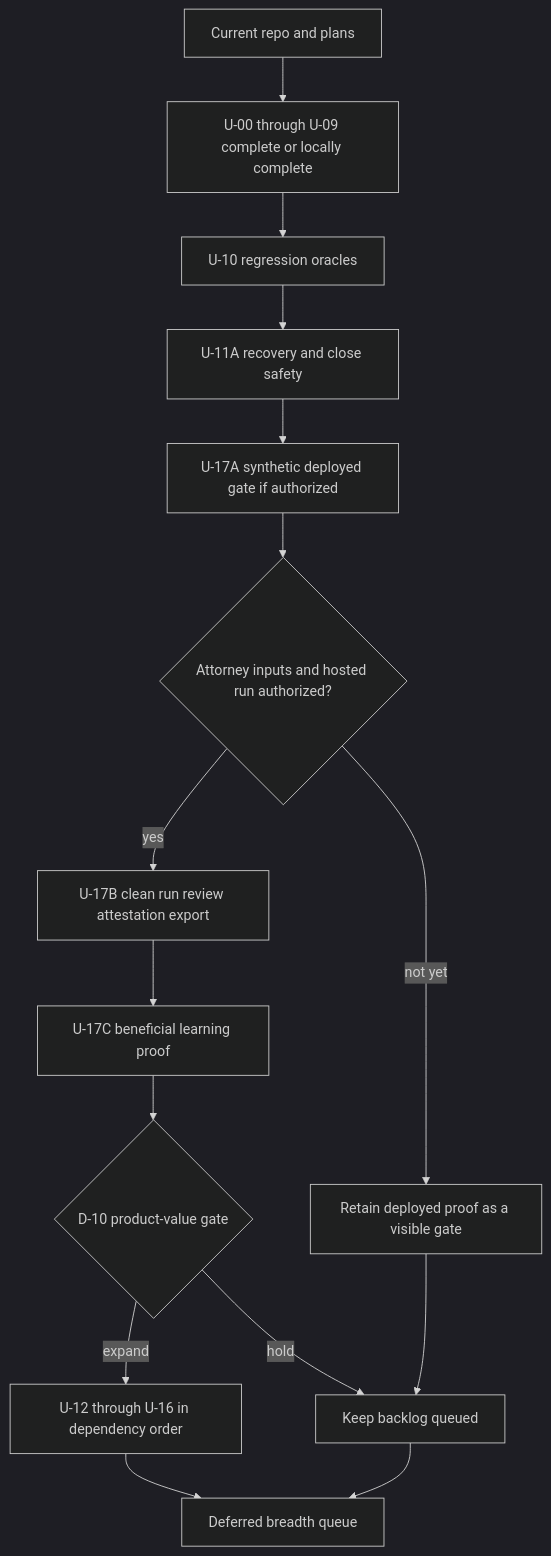
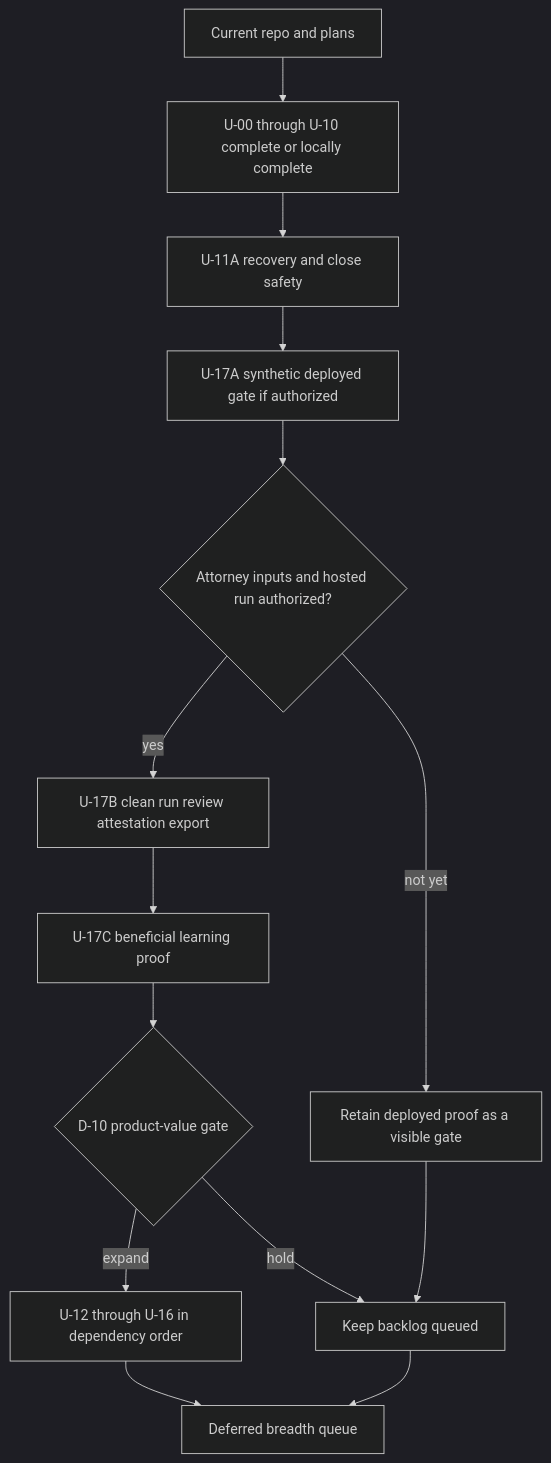
The diagram in docs/plans/2026-08-20-0845-feat-plan-completion-queue-plan.md (damienriehl/mootloop), drawn with Mermaid (dark theme) before and after one commit. The commit also changed other lines of this file and 16 other files, not shown here.

Commit message:
feat(testing): add zero-spend regression oracles

````diff
--- a/docs/plans/2026-08-20-0845-feat-plan-completion-queue-plan.md
+++ b/docs/plans/2026-08-20-0845-feat-plan-completion-queue-plan.md
@@ -185,17 +185,16 @@
 ```mermaid
 flowchart TD
-    A[Current repo and plans] --> B[U-00 through U-09 complete or locally complete]
-    B --> C[U-10 regression oracles]
-    C --> E[U-11A recovery and close safety]
+    A[Current repo and plans] --> B[U-00 through U-10 complete or locally complete]
+    B --> E[U-11A recovery and close safety]
     E --> F[U-17A synthetic deployed gate if authorized]
     F --> H{Attorney inputs and hosted run authorized?}
     H -->|yes| I[U-17B clean run review attestation export]
     H -->|not yet| W[Retain deployed proof as a visible gate]
     I --> J[U-17C beneficial learning proof]
     J --> K{D-10 product-value gate}
     K -->|expand| L[U-12 through U-16 in dependency order]
     K -->|hold| M[Keep backlog queued]
     W --> M
     L --> N[Deferred breadth queue]
     M --> N
 ```
````
